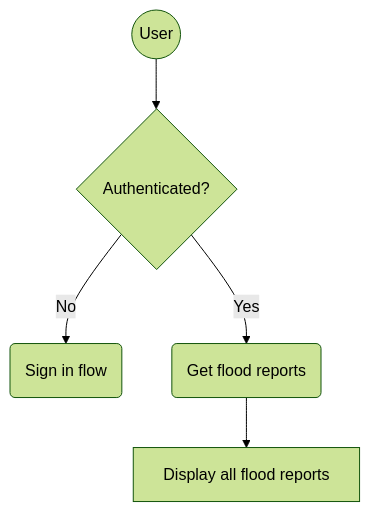
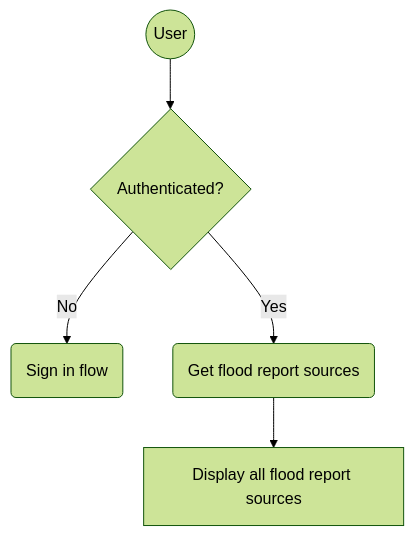
Before and after one commit to Dorset-Council-UK/FloodOnlineReportingTool.Public: the first of 2 diagrams in docs/flows/overview.md, drawn with Mermaid (forest theme). The commit also changed other lines of this file and 59 other files, not shown here.

Commit message:
Rename FloodReport to FloodReportSource

````diff
--- a/docs/flows/overview.md
+++ b/docs/flows/overview.md
@@ -4,7 +4,7 @@
 ```mermaid
 flowchart TD
     User(("User")) --> Authenticated{"Authenticated?"}
     Authenticated -->|No| SignInFlow("Sign in flow")
-    Authenticated -->|Yes| GetData("Get flood reports")
-    GetData --> DisplayFloodReports["Display all flood reports"]
+    Authenticated -->|Yes| GetData("Get flood report sources")
+    GetData --> DisplayReports["Display all flood report sources"]
 ```
````
